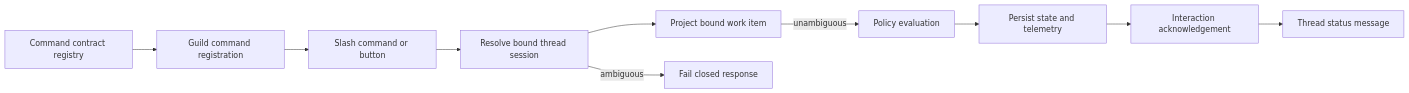
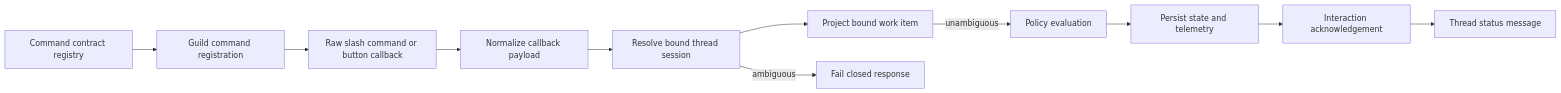
Before and after one commit to VannaDii/ironloom: the diagram in packages/discord/README.md, drawn with Mermaid. The commit also changed other lines of this file and 13 other files, not shown here.

````diff
--- a/packages/discord/README.md
+++ b/packages/discord/README.md
@@ -21,12 +22,13 @@
 ```mermaid
 flowchart LR
   Contract[Command contract registry] --> Register[Guild command registration]
-  Register --> Command[Slash command or button]
-  Command --> Binding[Resolve bound thread session]
+  Register --> Command[Raw slash command or button callback]
+  Command --> Normalize[Normalize callback payload]
+  Normalize --> Binding[Resolve bound thread session]
   Binding --> WorkItem[Project bound work item]
   WorkItem -->|unambiguous| Policy[Policy evaluation]
   Binding -->|ambiguous| Deny[Fail closed response]
   Policy --> State[Persist state and telemetry]
   State --> Response[Interaction acknowledgement]
   Response --> Thread[Thread status message]
 ```
````
